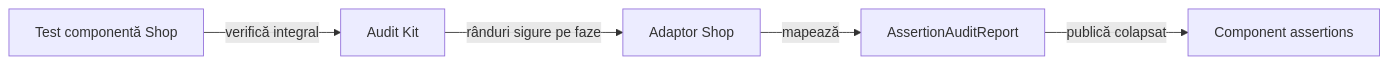
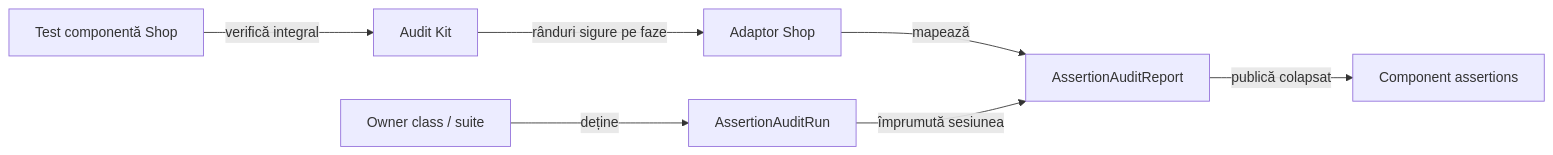
Before and after one commit to crististefanita/atf_j0: the fourth of 4 diagrams in atf-test-practice-shop/README.md, drawn with Mermaid. The commit also changed other lines of this file and 86 other files, not shown here.

````diff
--- a/atf-test-practice-shop/README.md
+++ b/atf-test-practice-shop/README.md
@@ -611,7 +668,9 @@
 ```mermaid
 flowchart LR
     Test[Test componentă Shop] -->|verifică integral| Kit[Audit Kit]
     Kit -->|rânduri sigure pe faze| Adapter[Adaptor Shop]
     Adapter -->|mapează| Report[AssertionAuditReport]
+    Scope["Owner class / suite"] -->|deține| Run[AssertionAuditRun]
+    Run -->|împrumută sesiunea| Report
     Report -->|publică colapsat| Step[Component assertions]
 ```
````
